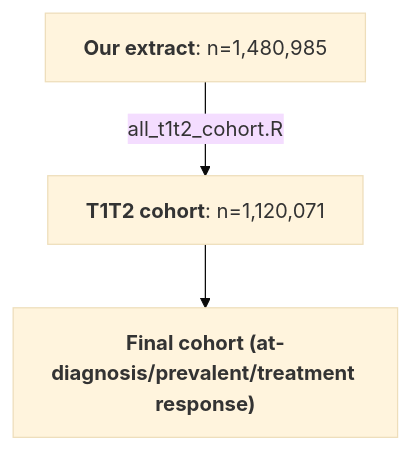
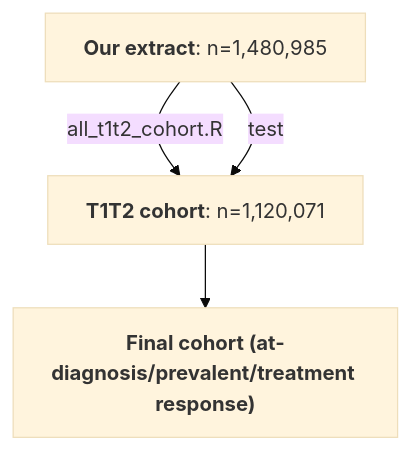
One commit to Exeter-Diabetes/CPRD-Cohort-scripts changed the second of 2 diagrams in README.md. Above: the diagram before and after it, drawn with Mermaid (base theme).

````diff
--- a/README.md
+++ b/README.md
@@ -44,5 +44,9 @@
 ```mermaid
 graph TD;
     A["<b>Our extract</b>: n=1,480,985"] --> |"all_t1t2_cohort.R"|B["<b>T1T2 cohort</b>: n=1,120,071"]
     B-->C["<b>Final cohort (at-diagnosis/prevalent/treatment response)</b>"]
+    A-->|"test"|B
+    
+    
+    
 ```
````
